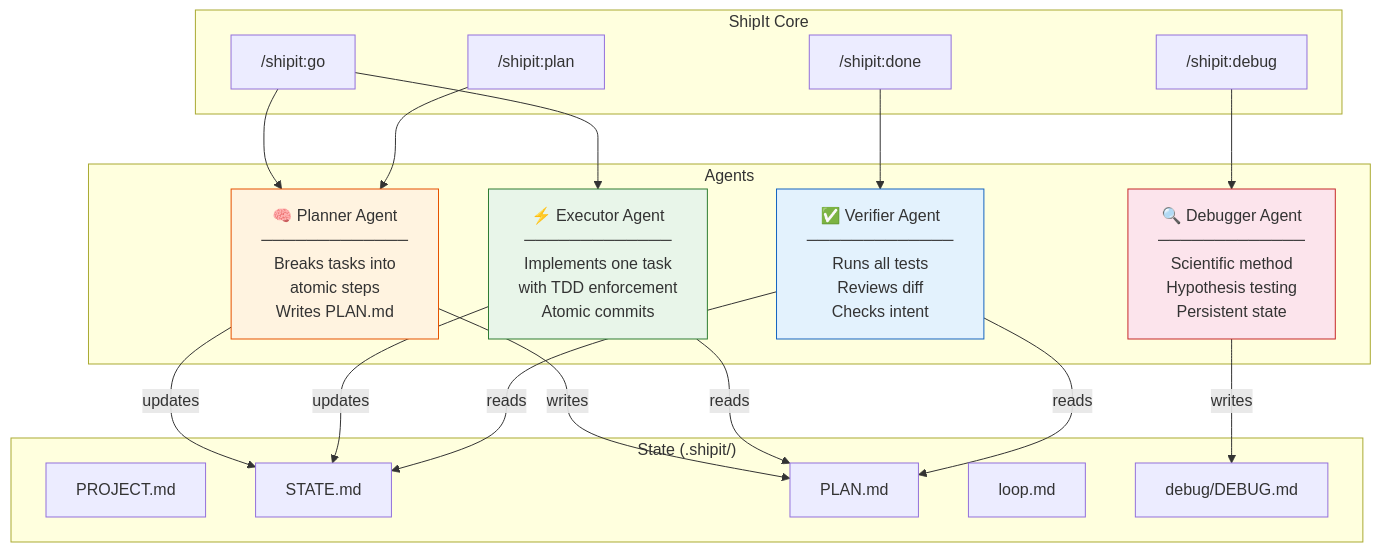
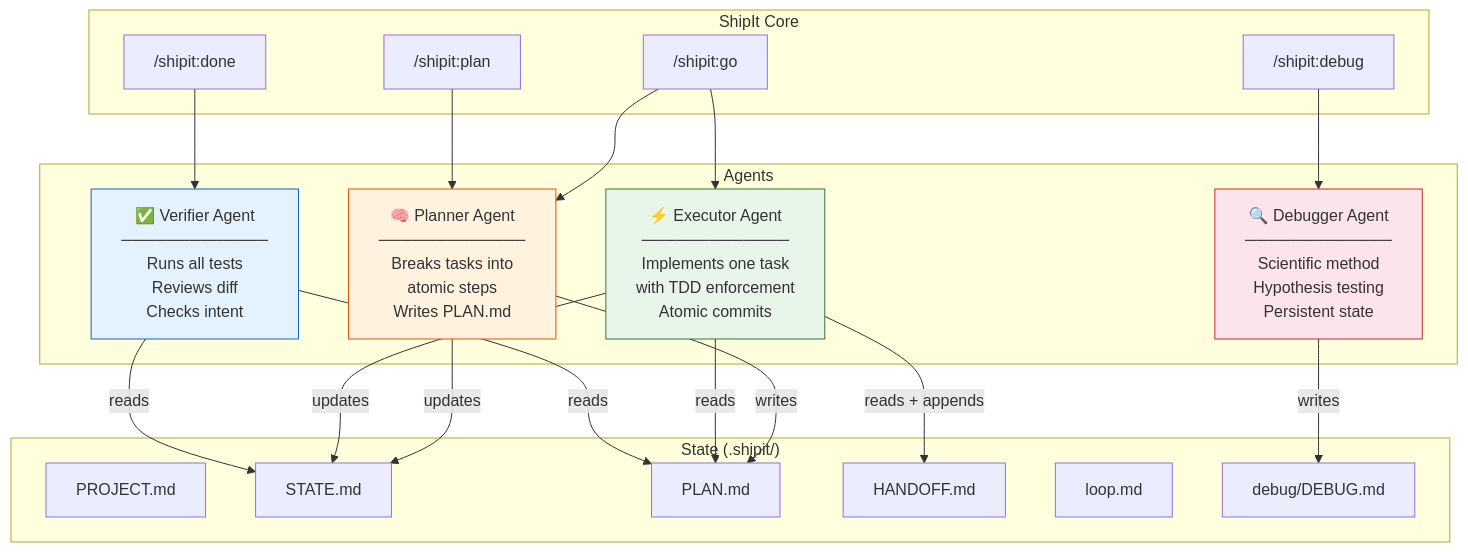
One commit to praful011/shipit changed the second of 5 diagrams in README.md. Above: the diagram before and after it, drawn with Mermaid. The commit also changed other lines of this file and 5 other files, not shown here.

````diff
--- a/README.md
+++ b/README.md
@@ -370,43 +376,45 @@
 ```mermaid
 graph TB
     subgraph "ShipIt Core"
         GO["/shipit:go"]
         PLAN_CMD["/shipit:plan"]
         DEBUG_CMD["/shipit:debug"]
         DONE_CMD["/shipit:done"]
     end
 
     subgraph "Agents"
         PLANNER["🧠 Planner Agent\n─────────────\nBreaks tasks into\natomic steps\nWrites PLAN.md"]
         EXECUTOR["⚡ Executor Agent\n─────────────\nImplements one task\nwith TDD enforcement\nAtomic commits"]
         DEBUGGER["🔍 Debugger Agent\n─────────────\nScientific method\nHypothesis testing\nPersistent state"]
         VERIFIER["✅ Verifier Agent\n─────────────\nRuns all tests\nReviews diff\nChecks intent"]
     end
 
     subgraph "State (.shipit/)"
         PROJECT["PROJECT.md"]
         STATE["STATE.md"]
         PLANFILE["PLAN.md"]
+        HANDOFF["HANDOFF.md"]
         LOOP["loop.md"]
         DEBUGFILE["debug/DEBUG.md"]
     end
 
     GO --> PLANNER
     GO --> EXECUTOR
     PLAN_CMD --> PLANNER
     DEBUG_CMD --> DEBUGGER
     DONE_CMD --> VERIFIER
 
     PLANNER -->|writes| PLANFILE
     PLANNER -->|updates| STATE
     EXECUTOR -->|reads| PLANFILE
+    EXECUTOR -->|reads + appends| HANDOFF
     EXECUTOR -->|updates| STATE
     DEBUGGER -->|writes| DEBUGFILE
     VERIFIER -->|reads| PLANFILE
     VERIFIER -->|reads| STATE
 
     style PLANNER fill:#fff3e0,stroke:#e65100
     style EXECUTOR fill:#e8f5e9,stroke:#2e7d32
     style DEBUGGER fill:#fce4ec,stroke:#c62828
     style VERIFIER fill:#e3f2fd,stroke:#1565c0
 ```
````
